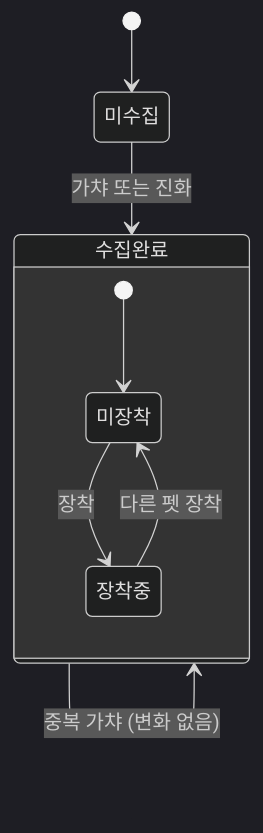
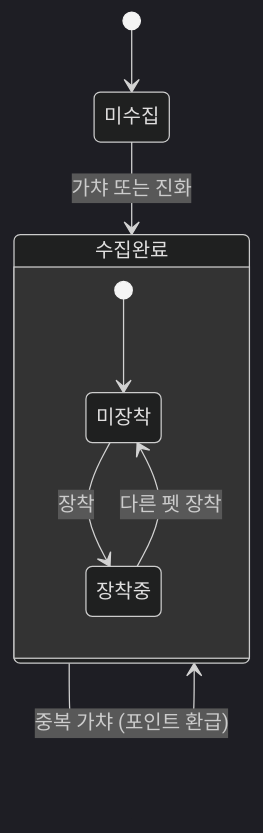
The fifth of 5 diagrams in docs/features/PET_SYSTEM.md (boostcampwm2025/web19-estrogenquattro), drawn with Mermaid (dark theme) before and after one commit. The commit also changed other lines of this file and 6 other files, not shown here.

First line of the commit message:
docs: 문서 동기화 (ERD, API, 아키텍처)

````diff
--- a/docs/features/PET_SYSTEM.md
+++ b/docs/features/PET_SYSTEM.md
@@ -160,12 +163,12 @@
 ```mermaid
 stateDiagram-v2
     [*] --> 미수집
     미수집 --> 수집완료: 가챠 또는 진화
-    수집완료 --> 수집완료: 중복 가챠 (변화 없음)
+    수집완료 --> 수집완료: 중복 가챠 (포인트 환급)
 
     state 수집완료 {
         [*] --> 미장착
         미장착 --> 장착중: 장착
         장착중 --> 미장착: 다른 펫 장착
     }
 ```
````
